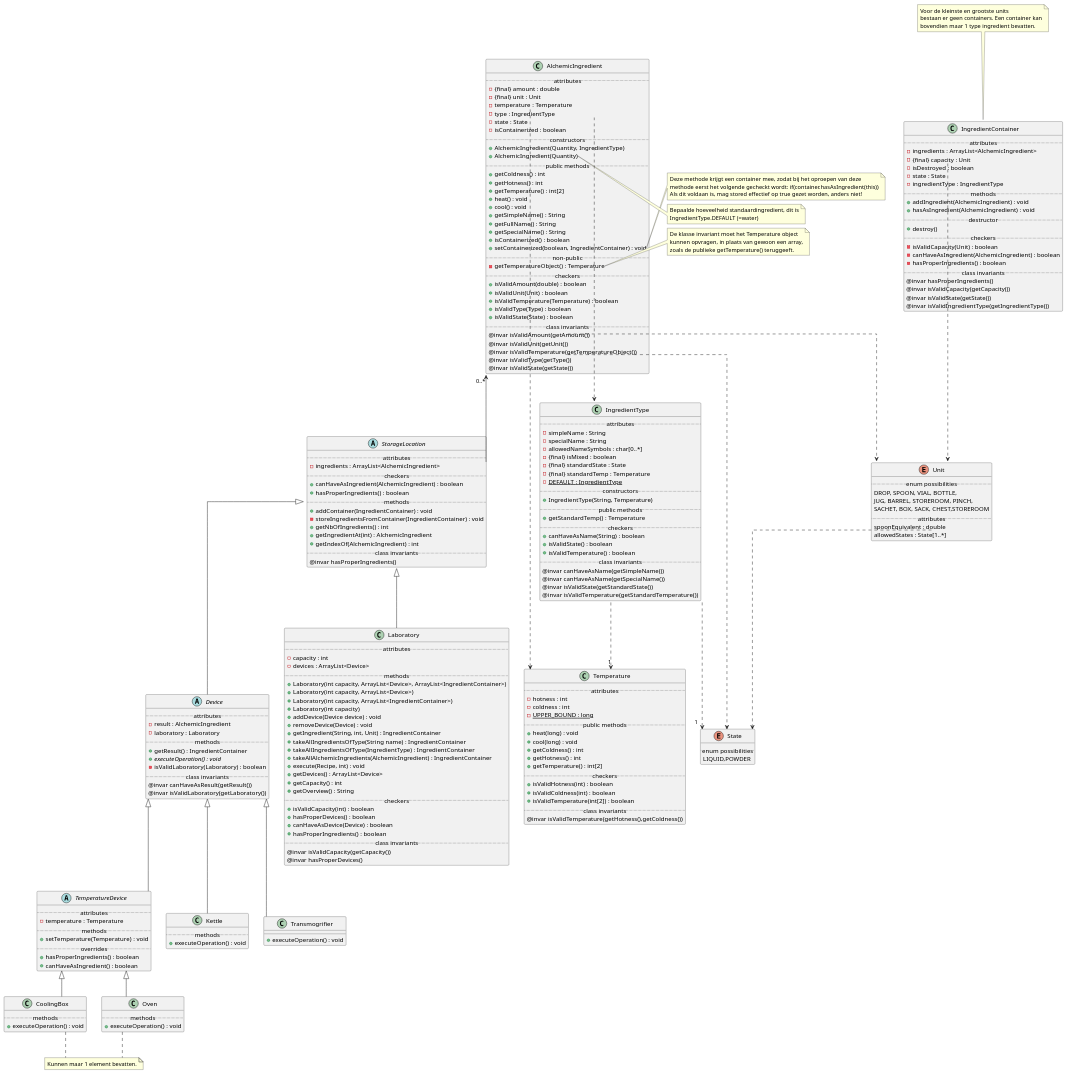
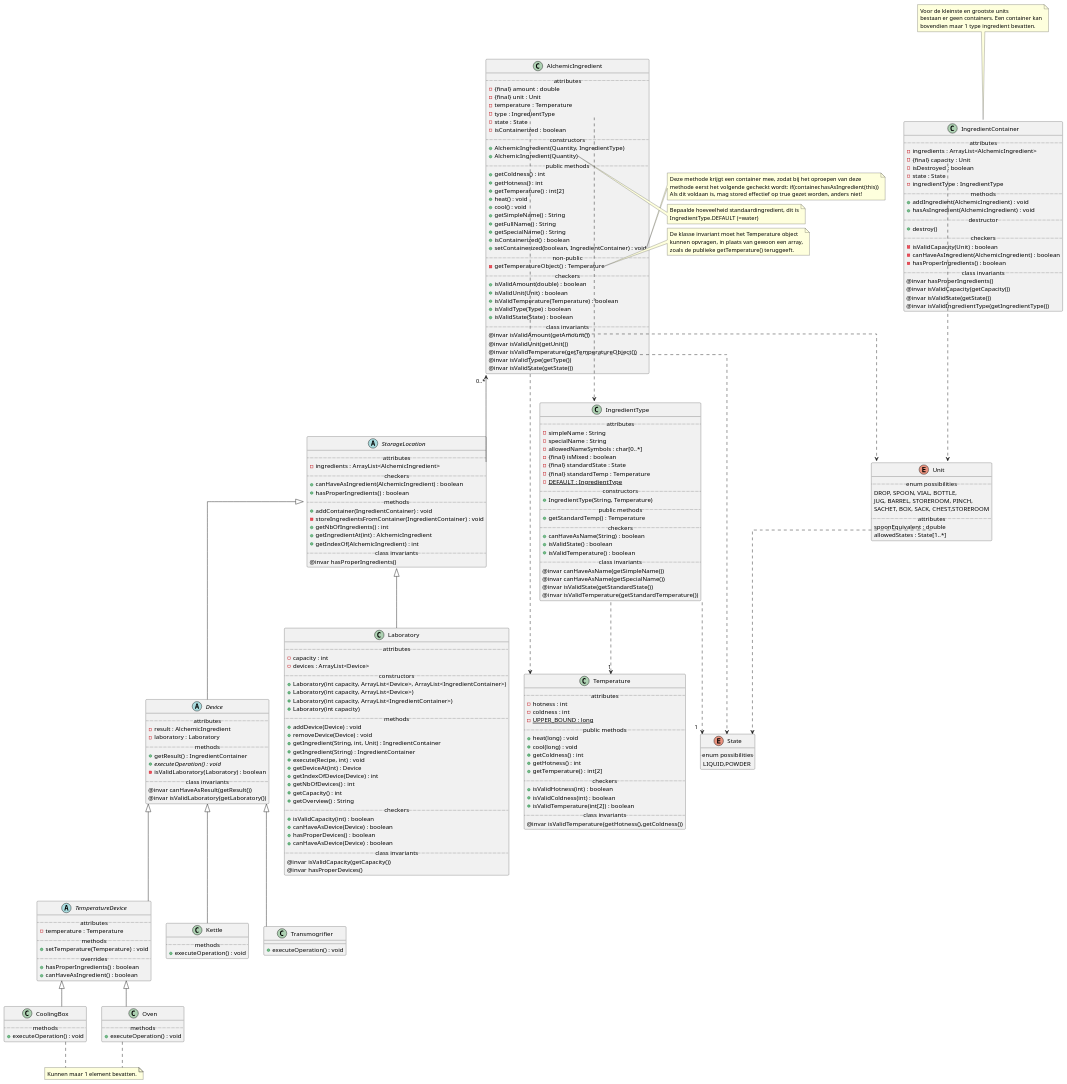
The diagram in class-diagram/vincent.puml (vanschependom/KULAK_ogp-examenproject), drawn with PlantUML before and after one commit.

Commit message:
Corrected laboratory

```diff
--- a/class-diagram/vincent.puml
+++ b/class-diagram/vincent.puml
@@ -231,30 +231,28 @@
 class Laboratory extends StorageLocation {
 ..attributes..
 - capacity : int
-'- ingredients : ArrayList<AlchemicIngredient>
 - devices : ArrayList<Device>
-'+ storeIngredient(IngredientContainer) : void
-..methods..
+..constructors..
 + Laboratory(int capacity, ArrayList<Device>, ArrayList<IngredientContainer>)
 + Laboratory(int capacity, ArrayList<Device>)
 + Laboratory(int capacity, ArrayList<IngredientContainer>)
 + Laboratory(int capacity)
-+ addDevice(Device device) : void
+..methods..
++ addDevice(Device) : void
 + removeDevice(Device) : void
 + getIngredient(String, int, Unit) : IngredientContainer
-+ takeAllIngredientsOfType(String name) : IngredientContainer
-+ takeAllIngredientsOfType(IngredientType) : IngredientContainer
-+ takeAllAlchemicIngredients(AlchemicIngredient) : IngredientContainer
++ getIngredient(String) : IngredientContainer
 + execute(Recipe, int) : void
-+ getDevices() : ArrayList<Device>
++ getDeviceAt(int) : Device
++ getIndexOfDevice(Device) : int
++ getNbOfDevices() : int
 + getCapacity() : int
 + getOverview() : String
 ..checkers..
 + isValidCapacity(int) : boolean
++ canHaveAsDevice(Device) : boolean
 + hasProperDevices() : boolean
 + canHaveAsDevice(Device) : boolean
-+ hasProperIngredients() : boolean
-'+ {abstract} execute(Recipe, int) : void
 ..class invariants..
 @invar isValidCapacity(getCapacity())
 @invar hasProperDevices()
```
